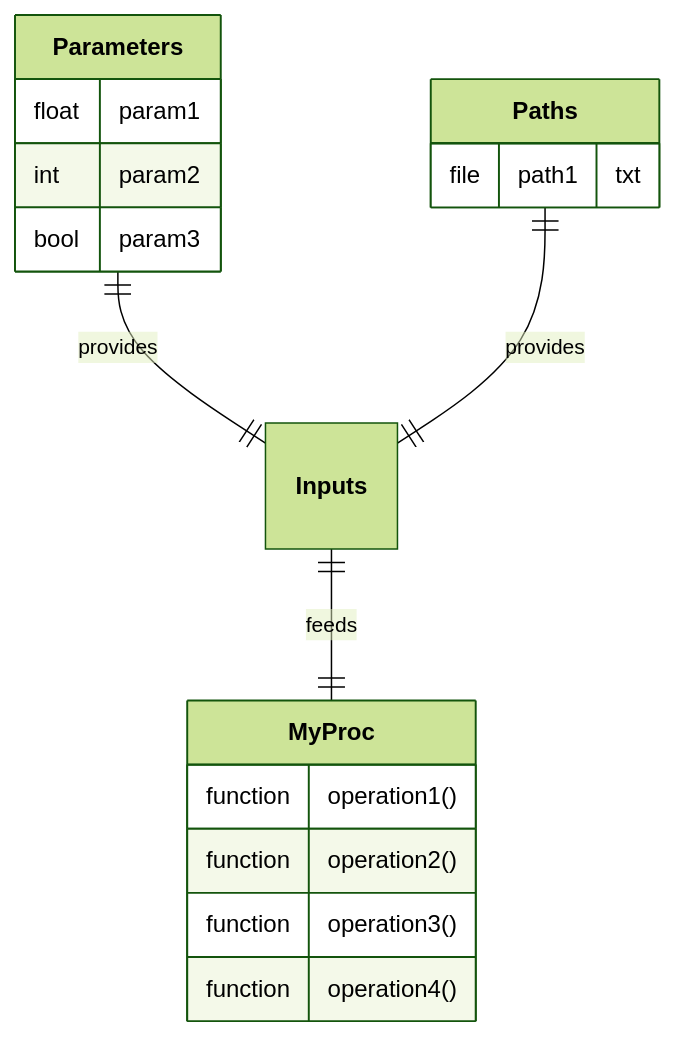
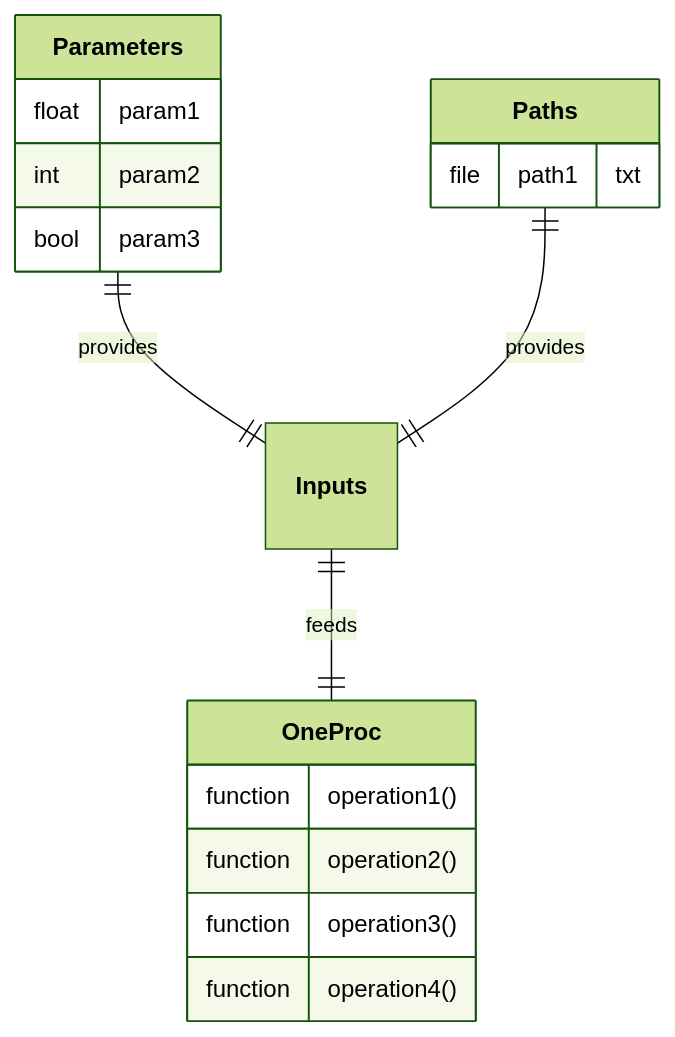
Before and after one commit to nuremics/nuremics: the second of 17 diagrams in README.md, drawn with Mermaid (forest theme). The commit also changed other lines of this file, not shown here.

````diff
--- a/README.md
+++ b/README.md
@@ -98,21 +98,21 @@
 ```mermaid
 erDiagram
   **Parameters** ||--|| **Inputs** : provides
   **Paths** ||--|| **Inputs** : provides
-  **Inputs** ||--|| **MyProc** : feeds
+  **Inputs** ||--|| **OneProc** : feeds
 
   **Parameters** {
     float param1
     int param2
     bool param3
   }
   **Paths** {
     file path1 "txt"
   }
-  **MyProc** {
+  **OneProc** {
     function operation1()
     function operation2()
     function operation3()
     function operation4()
   }
 ```
````
